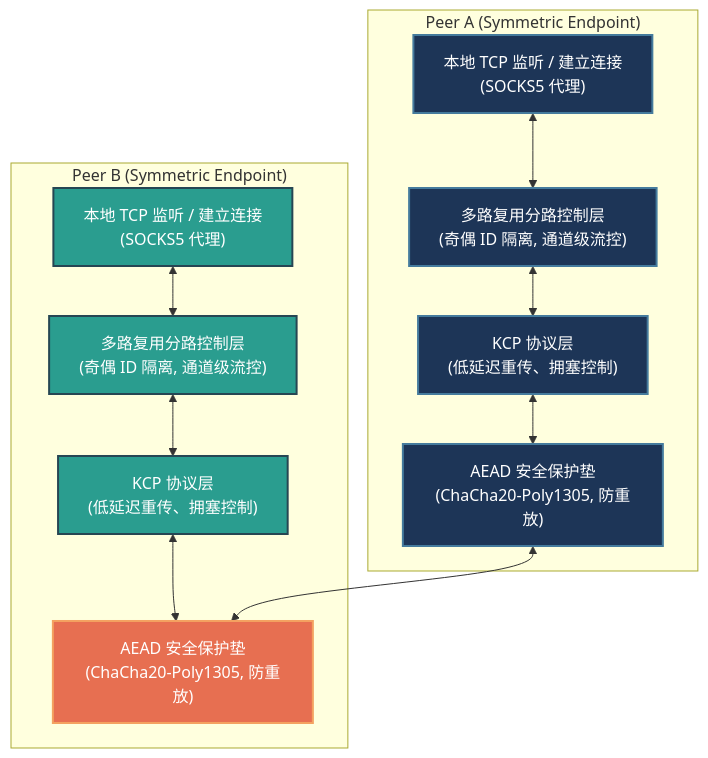
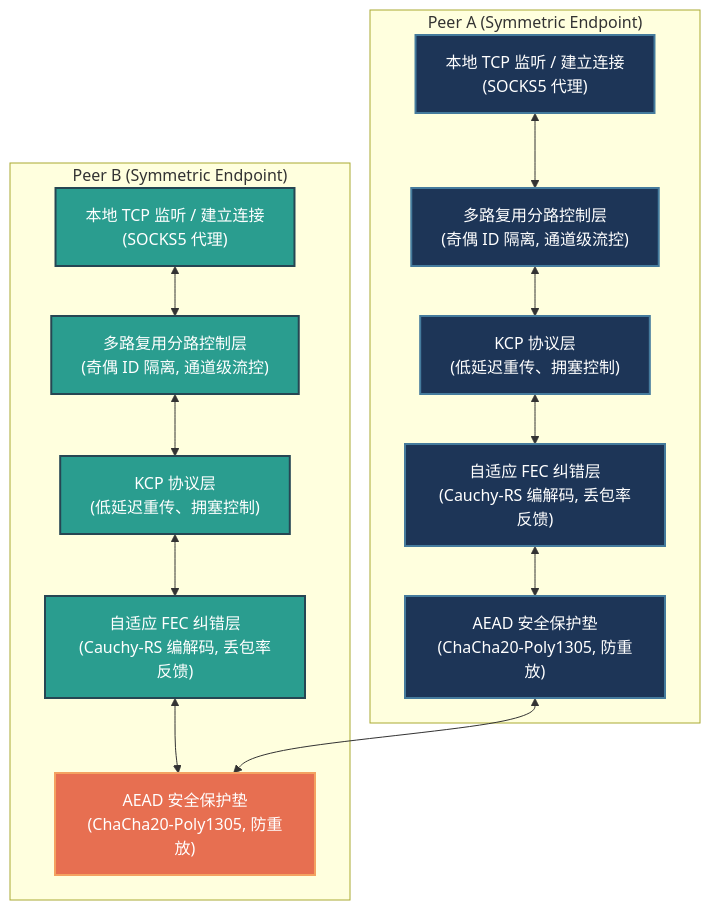
Before and after one commit to potato-520/BiTun: the first of 2 diagrams in README.md, drawn with Mermaid. The commit also changed other lines of this file and 5 other files, not shown here.

Commit message:
docs: clarify -p port usage and document adaptive Cauchy-RS FEC mechanism

````diff
--- a/README.md
+++ b/README.md
@@ -21,33 +21,37 @@
 ```mermaid
 flowchart TD
     %% 定义色彩风格
     classDef peerA fill:#1d3557,stroke:#457b9d,stroke-width:2px,color:#fff;
     classDef peerB fill:#2a9d8f,stroke:#264653,stroke-width:2px,color:#fff;
     classDef network fill:#e76f51,stroke:#f4a261,stroke-width:2px,color:#fff;
     
     subgraph PeerA ["Peer A (Symmetric Endpoint)"]
         A_TCP["本地 TCP 监听 / 建立连接<br>(SOCKS5 代理)"]:::peerA
         A_Mux["多路复用分路控制层<br>(奇偶 ID 隔离, 通道级流控)"]:::peerA
         A_KCP["KCP 协议层<br>(低延迟重传、拥塞控制)"]:::peerA
+        A_FEC["自适应 FEC 纠错层<br>(Cauchy-RS 编解码, 丢包率反馈)"]:::peerA
         A_AEAD["AEAD 安全保护垫<br>(ChaCha20-Poly1305, 防重放)"]:::peerA
     end
 
     subgraph PeerB ["Peer B (Symmetric Endpoint)"]
         B_TCP["本地 TCP 监听 / 建立连接<br>(SOCKS5 代理)"]:::peerB
         B_Mux["多路复用分路控制层<br>(奇偶 ID 隔离, 通道级流控)"]:::peerB
         B_KCP["KCP 协议层<br>(低延迟重传、拥塞控制)"]:::peerB
+        B_FEC["自适应 FEC 纠错层<br>(Cauchy-RS 编解码, 丢包率反馈)"]:::peerB
         B_AEAD["AEAD 安全保护垫<br>(ChaCha20-Poly1305, 防重放)"]:::peerB
     end
 
     %% 内部层级流动
     A_TCP <--> A_Mux
     A_Mux <--> A_KCP
-    A_KCP <--> A_AEAD
+    A_KCP <--> A_FEC
+    A_FEC <--> A_AEAD
 
     B_TCP <--> B_Mux
     B_Mux <--> B_KCP
-    B_KCP <--> B_AEAD
+    B_KCP <--> B_FEC
+    B_FEC <--> B_AEAD
 
     %% 底层网络传输
     A_AEAD <--> B_AEAD:::network
 ```
````
